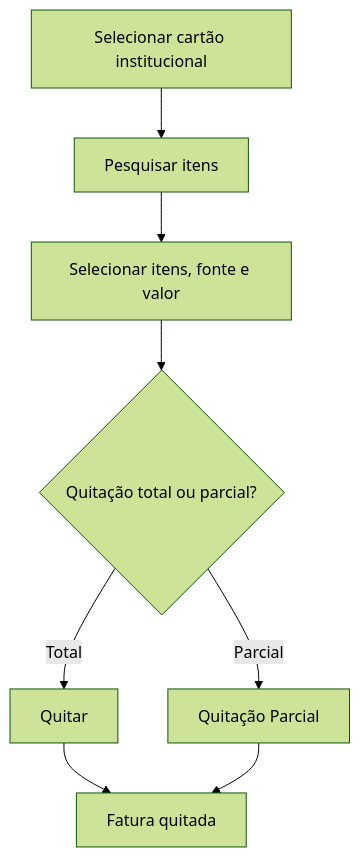
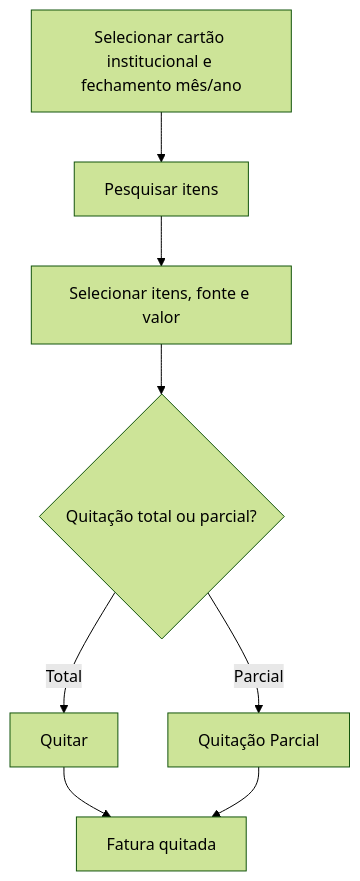
Before and after one commit to rlopeslameira/harpia-docs: the diagram in docs/financeiro/fatura-cartao.md, drawn with Mermaid (forest theme). The commit also changed other lines of this file and 56 other files, not shown here.

````diff
--- a/docs/financeiro/fatura-cartao.md
+++ b/docs/financeiro/fatura-cartao.md
@@ -119,10 +122,10 @@
 ```mermaid
 flowchart TD
-    A[Selecionar cartão institucional] --> B[Pesquisar itens]
+    A[Selecionar cartão institucional e fechamento mês/ano] --> B[Pesquisar itens]
     B --> C[Selecionar itens, fonte e valor]
     C --> D{Quitação total ou parcial?}
     D -->|Total| E[Quitar]
     D -->|Parcial| F[Quitação Parcial]
     E --> G[Fatura quitada]
     F --> G[Fatura quitada]
 ```
````
